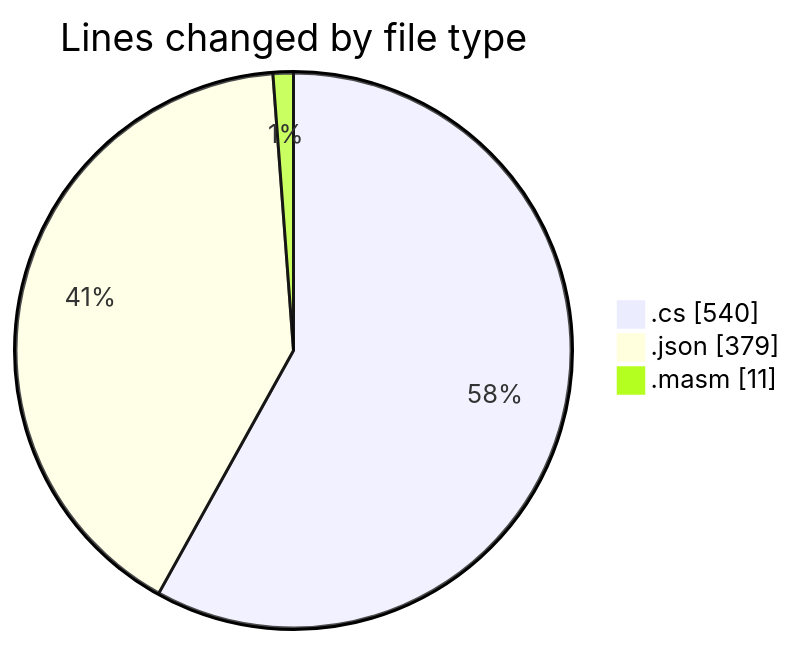
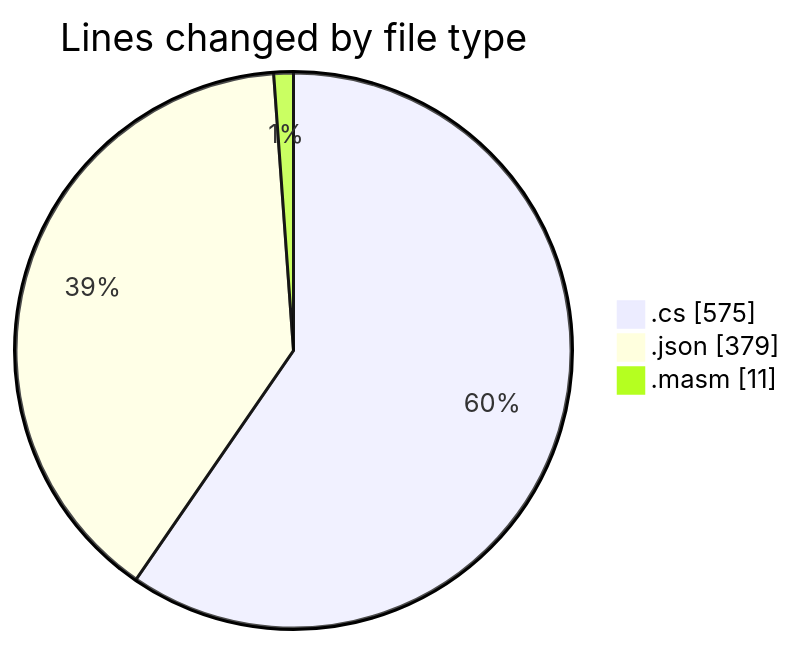
One commit to charlie-sans/code-tracking changed the first of 2 diagrams in 2025-03-15/sharpmasm/README.md. Above: the diagram before and after it, drawn with Mermaid. The commit also changed other lines of this file and 1 other file, not shown here.

````diff
--- a/2025-03-15/sharpmasm/README.md
+++ b/2025-03-15/sharpmasm/README.md
@@ -27,7 +27,7 @@
 ```mermaid
 pie showData
 title Lines changed by file type
-".cs" : 540
+".cs" : 575
 ".json" : 379
 ".masm" : 11
 ```
````
